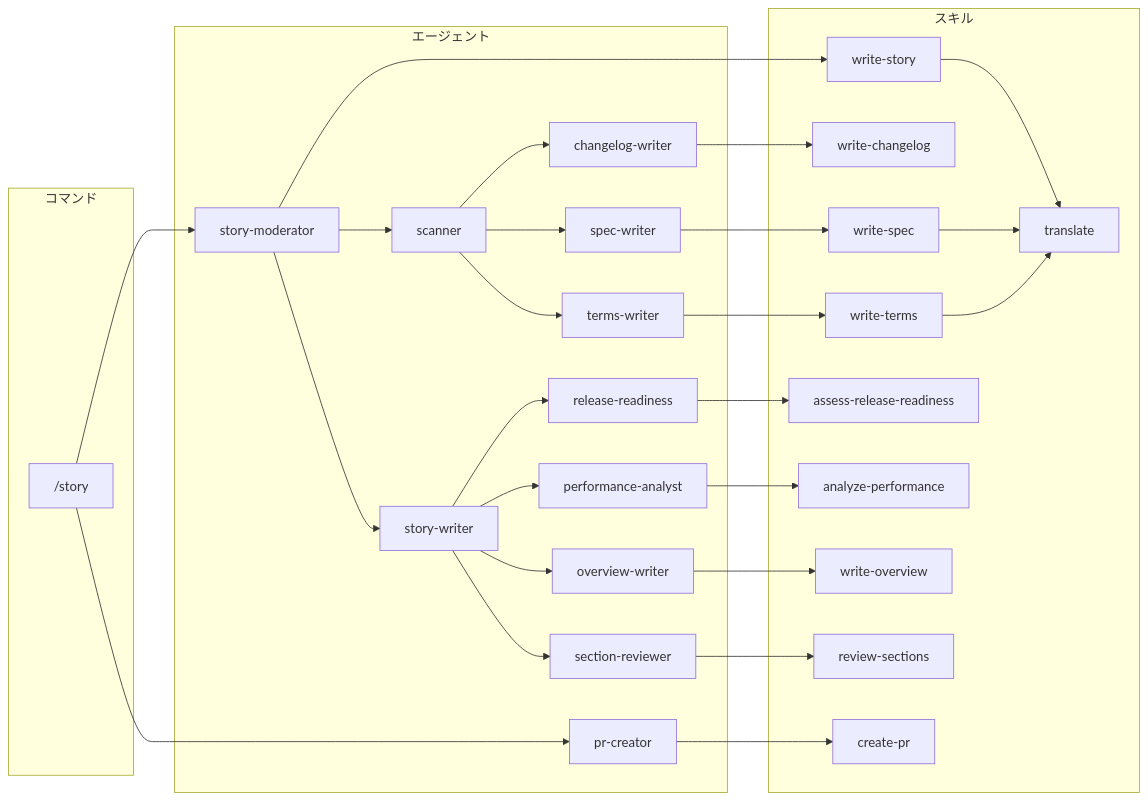
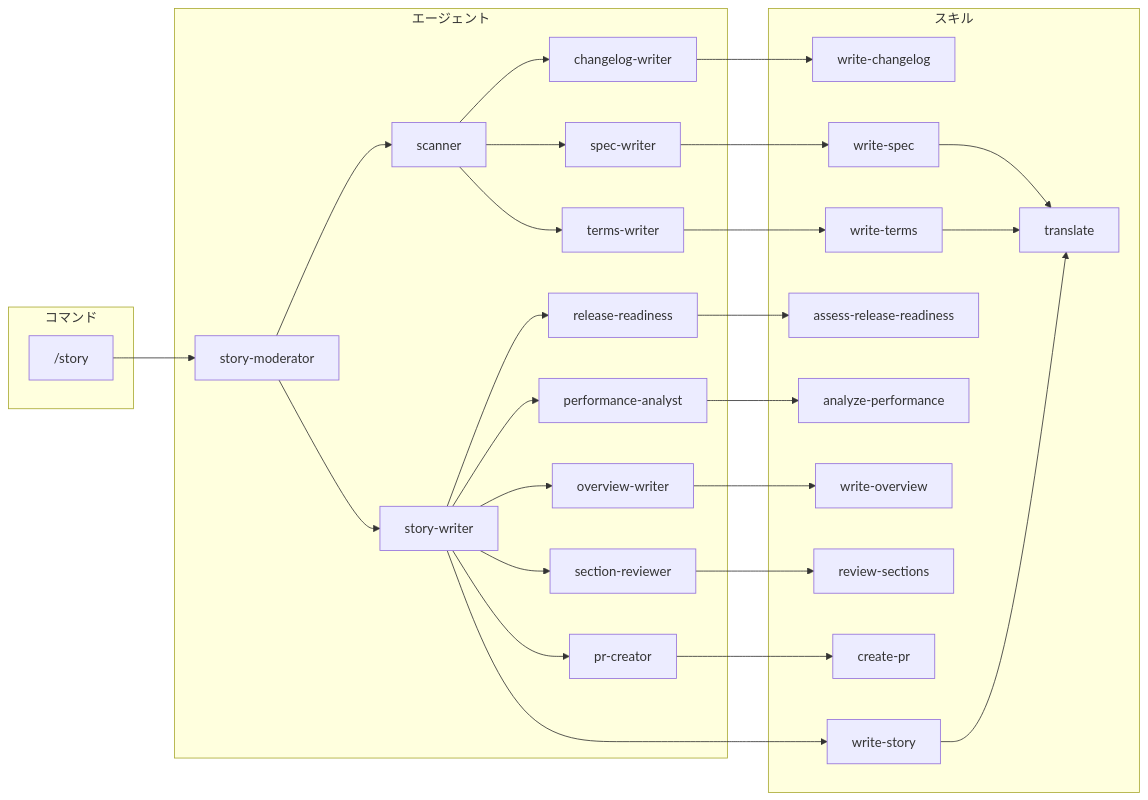
One commit to qmu/workaholic changed the fourth of 6 diagrams in .workaholic/specs/architecture_ja.md. Above: the diagram before and after it, drawn with Mermaid. The commit also changed other lines of this file and 1 other file, not shown here.

First line of the commit message:
Fix /story Dependency Charts in Architecture Specs

````diff
--- a/.workaholic/specs/architecture_ja.md
+++ b/.workaholic/specs/architecture_ja.md
@@ -267,56 +267,55 @@
 ```mermaid
 flowchart LR
     subgraph コマンド
         story["/story"]
     end
 
     subgraph エージェント
         sm[story-moderator]
         sc[scanner]
         sw[story-writer]
         cw[changelog-writer]
         spw[spec-writer]
         tw[terms-writer]
         rr[release-readiness]
         pa[performance-analyst]
         ow[overview-writer]
         sr[section-reviewer]
         pc[pr-creator]
     end
 
     subgraph スキル
         ws[write-story]
         wc[write-changelog]
         wsp[write-spec]
         wt[write-terms]
         arr[assess-release-readiness]
         ap[analyze-performance]
         wo[write-overview]
         rs[review-sections]
         tr[translate]
         cp[create-pr]
     end
 
     story --> sm
-    story --> pc
 
     sm --> sc & sw
 
     sc --> cw & spw & tw
-    sw --> rr & pa & ow & sr
+    sw --> rr & pa & ow & sr & pc
 
     cw --> wc
     spw --> wsp
     tw --> wt
     rr --> arr
     pa --> ap
     ow --> wo
     sr --> rs
-    sm --> ws
+    sw --> ws
     pc --> cp
 
     %% Skill-to-skill
     ws --> tr
     wsp --> tr
     wt --> tr
 ```
````
